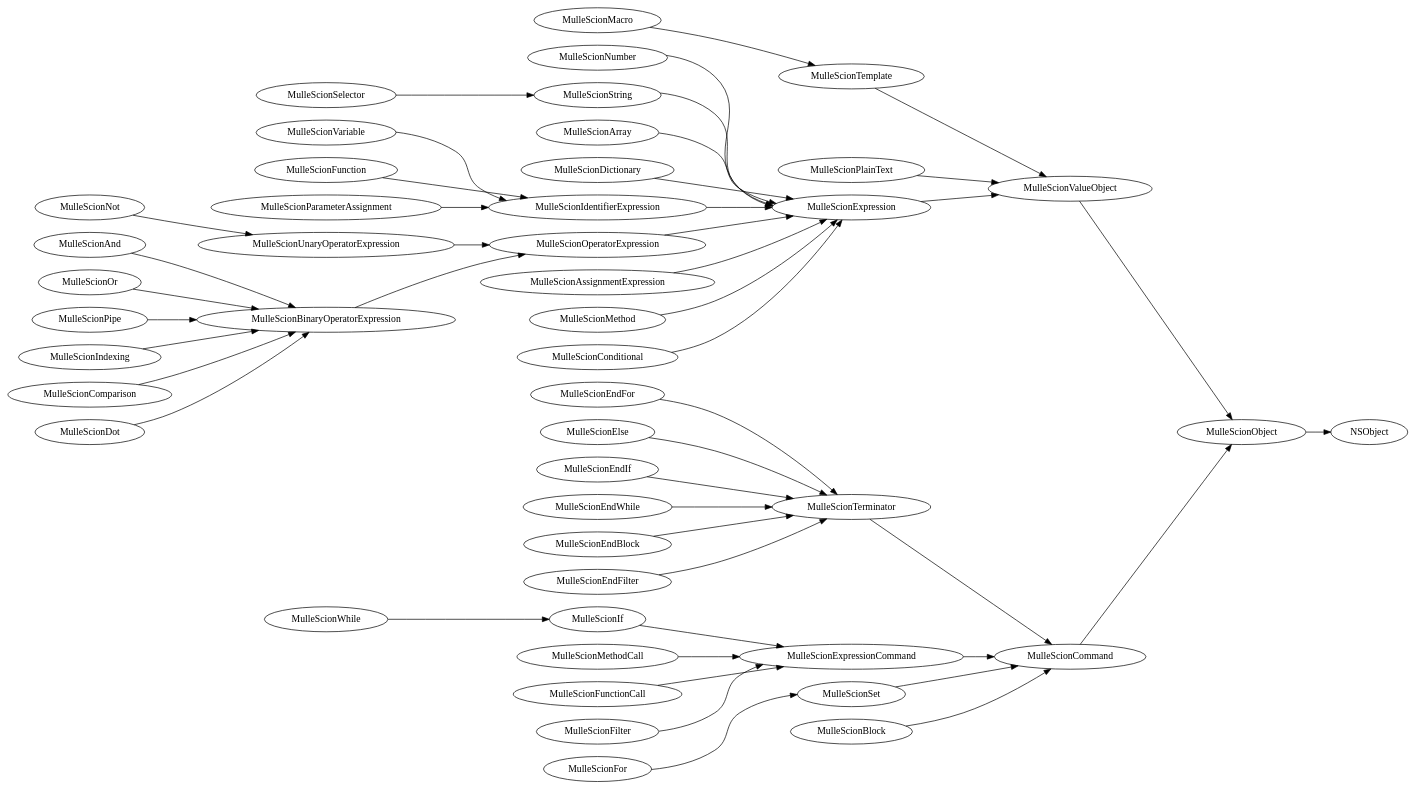
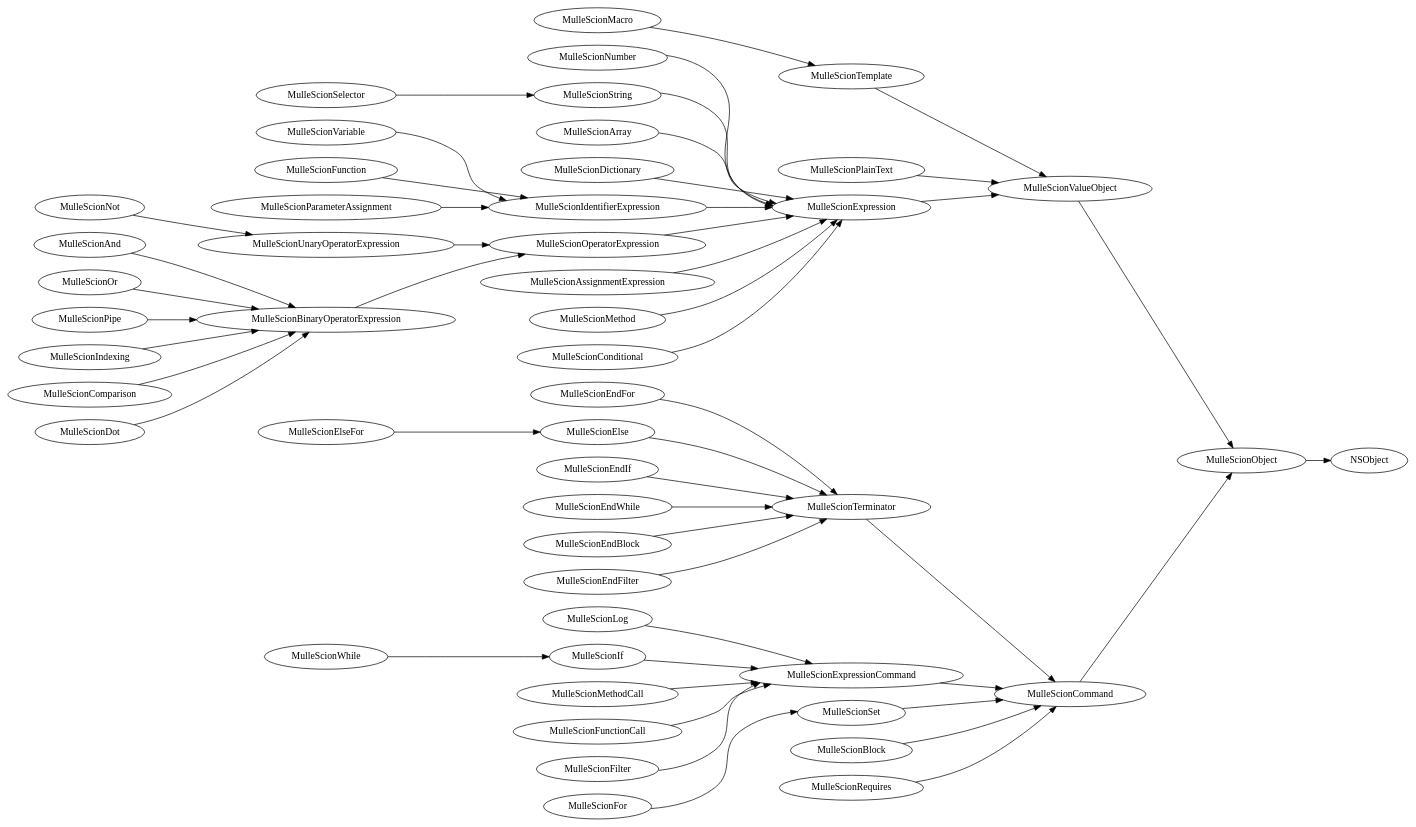
The diagram in dox/MulleScionObjectModel.dot (mulle-kybernetik/MulleScion), drawn with Graphviz before and after one commit. The commit also changed 3 other files, not shown here.

```diff
--- a/dox/MulleScionObjectModel.dot
+++ b/dox/MulleScionObjectModel.dot
@@ -1,50 +1,53 @@
 digraph name
 {
    rankdir=LR;
 
 MulleScionObject-> NSObject;
 MulleScionValueObject-> MulleScionObject;
 MulleScionTemplate-> MulleScionValueObject;
 MulleScionPlainText-> MulleScionValueObject;
 MulleScionExpression-> MulleScionValueObject;
 MulleScionNumber-> MulleScionExpression;
 MulleScionString-> MulleScionExpression;
 MulleScionSelector-> MulleScionString;
 MulleScionArray-> MulleScionExpression;
 MulleScionDictionary-> MulleScionExpression;
 MulleScionIdentifierExpression-> MulleScionExpression;
 MulleScionVariable-> MulleScionIdentifierExpression;
 MulleScionOperatorExpression-> MulleScionExpression;
 MulleScionUnaryOperatorExpression-> MulleScionOperatorExpression;
 MulleScionNot-> MulleScionUnaryOperatorExpression;
 MulleScionBinaryOperatorExpression-> MulleScionOperatorExpression;
 MulleScionAnd-> MulleScionBinaryOperatorExpression;
 MulleScionOr-> MulleScionBinaryOperatorExpression;
 MulleScionPipe-> MulleScionBinaryOperatorExpression;
 MulleScionIndexing-> MulleScionBinaryOperatorExpression;
 MulleScionComparison-> MulleScionBinaryOperatorExpression;
 MulleScionDot-> MulleScionBinaryOperatorExpression;
 MulleScionFunction-> MulleScionIdentifierExpression;
 MulleScionParameterAssignment-> MulleScionIdentifierExpression;
 MulleScionAssignmentExpression-> MulleScionExpression;
 MulleScionMethod-> MulleScionExpression;
 MulleScionConditional-> MulleScionExpression;
 MulleScionCommand-> MulleScionObject;
 MulleScionTerminator-> MulleScionCommand;
 MulleScionEndFor-> MulleScionTerminator;
 MulleScionExpressionCommand-> MulleScionCommand;
+MulleScionLog-> MulleScionExpressionCommand;
 MulleScionSet-> MulleScionCommand;
 MulleScionFor-> MulleScionSet;
 MulleScionIf-> MulleScionExpressionCommand;
 MulleScionElse-> MulleScionTerminator;
+MulleScionElseFor-> MulleScionElse;
 MulleScionEndIf-> MulleScionTerminator;
 MulleScionWhile-> MulleScionIf;
 MulleScionEndWhile-> MulleScionTerminator;
 MulleScionBlock-> MulleScionCommand;
 MulleScionEndBlock-> MulleScionTerminator;
 MulleScionMethodCall-> MulleScionExpressionCommand;
 MulleScionFunctionCall-> MulleScionExpressionCommand;
 MulleScionFilter-> MulleScionExpressionCommand;
 MulleScionEndFilter-> MulleScionTerminator;
 MulleScionMacro-> MulleScionTemplate;
+MulleScionRequires-> MulleScionCommand;
 }
```
